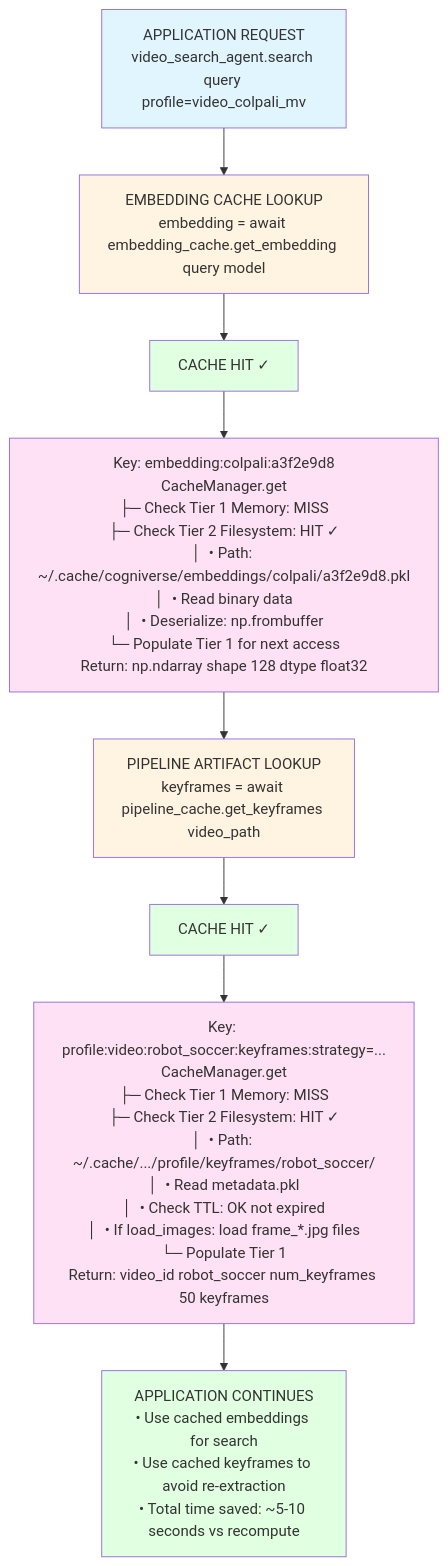
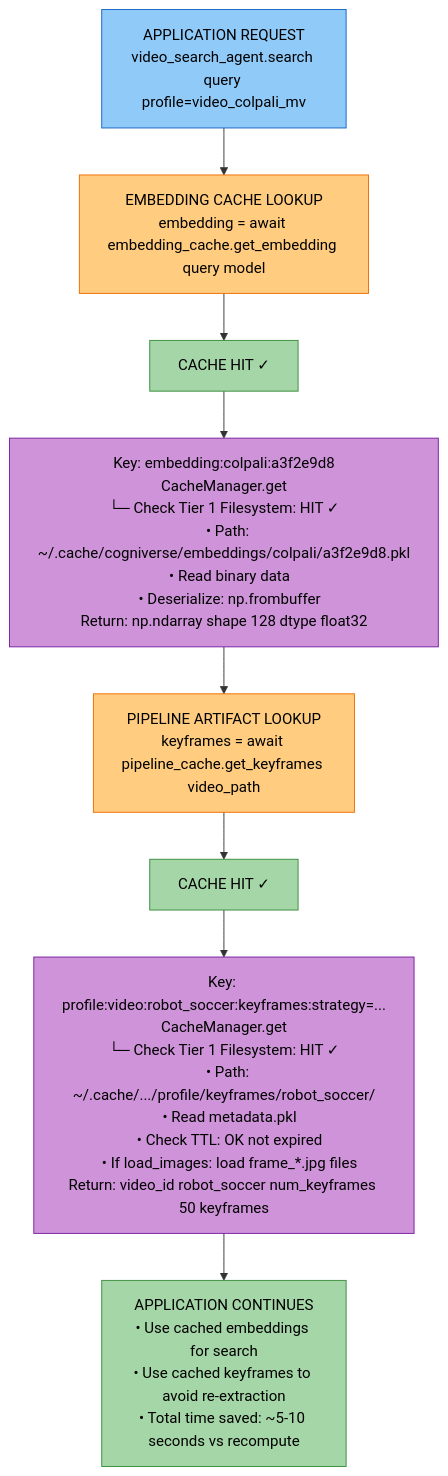
Before and after one commit to amit-jain/cogniverse: the fifth of 6 diagrams in docs/modules/cache.md, drawn with Mermaid. The commit also changed other lines of this file and 83 other files, not shown here.

First line of the commit message:
Fix documentation veracity, formatting, and diagrams across all modules

````diff
--- a/docs/modules/cache.md
+++ b/docs/modules/cache.md
@@ -1472,28 +1659,28 @@
 ```mermaid
-graph TB
-    REQ[APPLICATION REQUEST<br/>video_search_agent.search query profile=video_colpali_mv]
-    EMB[EMBEDDING CACHE LOOKUP<br/>embedding = await embedding_cache.get_embedding query model]
-    EMB_HIT[CACHE HIT ✓]
-    CMGET[Key: embedding:colpali:a3f2e9d8<br/>CacheManager.get<br/>├─ Check Tier 1 Memory: MISS<br/>├─ Check Tier 2 Filesystem: HIT ✓<br/>│  • Path: ~/.cache/cogniverse/embeddings/colpali/a3f2e9d8.pkl<br/>│  • Read binary data<br/>│  • Deserialize: np.frombuffer<br/>└─ Populate Tier 1 for next access<br/>Return: np.ndarray shape 128 dtype float32]
-    PIPE[PIPELINE ARTIFACT LOOKUP<br/>keyframes = await pipeline_cache.get_keyframes video_path]
-    PIPE_HIT[CACHE HIT ✓]
-    CMGET2[Key: profile:video:robot_soccer:keyframes:strategy=...<br/>CacheManager.get<br/>├─ Check Tier 1 Memory: MISS<br/>├─ Check Tier 2 Filesystem: HIT ✓<br/>│  • Path: ~/.cache/.../profile/keyframes/robot_soccer/<br/>│  • Read metadata.pkl<br/>│  • Check TTL: OK not expired<br/>│  • If load_images: load frame_*.jpg files<br/>└─ Populate Tier 1<br/>Return: video_id robot_soccer num_keyframes 50 keyframes]
-    CONT[APPLICATION CONTINUES<br/>• Use cached embeddings for search<br/>• Use cached keyframes to avoid re-extraction<br/>• Total time saved: ~5-10 seconds vs recompute]
+flowchart TB
+    REQ["<span style='color:#000'>APPLICATION REQUEST<br/>video_search_agent.search query profile=video_colpali_mv</span>"]
+    EMB["<span style='color:#000'>EMBEDDING CACHE LOOKUP<br/>embedding = await embedding_cache.get_embedding query model</span>"]
+    EMB_HIT["<span style='color:#000'>CACHE HIT ✓</span>"]
+    CMGET["<span style='color:#000'>Key: embedding:colpali:a3f2e9d8<br/>CacheManager.get<br/>└─ Check Tier 1 Filesystem: HIT ✓<br/>   • Path: ~/.cache/cogniverse/embeddings/colpali/a3f2e9d8.pkl<br/>   • Read binary data<br/>   • Deserialize: np.frombuffer<br/>Return: np.ndarray shape 128 dtype float32</span>"]
+    PIPE["<span style='color:#000'>PIPELINE ARTIFACT LOOKUP<br/>keyframes = await pipeline_cache.get_keyframes video_path</span>"]
+    PIPE_HIT["<span style='color:#000'>CACHE HIT ✓</span>"]
+    CMGET2["<span style='color:#000'>Key: profile:video:robot_soccer:keyframes:strategy=...<br/>CacheManager.get<br/>└─ Check Tier 1 Filesystem: HIT ✓<br/>   • Path: ~/.cache/.../profile/keyframes/robot_soccer/<br/>   • Read metadata.pkl<br/>   • Check TTL: OK not expired<br/>   • If load_images: load frame_*.jpg files<br/>Return: video_id robot_soccer num_keyframes 50 keyframes</span>"]
+    CONT["<span style='color:#000'>APPLICATION CONTINUES<br/>• Use cached embeddings for search<br/>• Use cached keyframes to avoid re-extraction<br/>• Total time saved: ~5-10 seconds vs recompute</span>"]
 
     REQ --> EMB
     EMB --> EMB_HIT
     EMB_HIT --> CMGET
     CMGET --> PIPE
     PIPE --> PIPE_HIT
     PIPE_HIT --> CMGET2
     CMGET2 --> CONT
 
-    style REQ fill:#e1f5ff
-    style EMB fill:#fff4e1
-    style EMB_HIT fill:#e1ffe1
-    style CMGET fill:#ffe1f5
-    style PIPE fill:#fff4e1
-    style PIPE_HIT fill:#e1ffe1
-    style CMGET2 fill:#ffe1f5
-    style CONT fill:#e1ffe1
+    style REQ fill:#90caf9,stroke:#1565c0,color:#000
+    style EMB fill:#ffcc80,stroke:#ef6c00,color:#000
+    style EMB_HIT fill:#a5d6a7,stroke:#388e3c,color:#000
+    style CMGET fill:#ce93d8,stroke:#7b1fa2,color:#000
+    style PIPE fill:#ffcc80,stroke:#ef6c00,color:#000
+    style PIPE_HIT fill:#a5d6a7,stroke:#388e3c,color:#000
+    style CMGET2 fill:#ce93d8,stroke:#7b1fa2,color:#000
+    style CONT fill:#a5d6a7,stroke:#388e3c,color:#000
 ```
````
